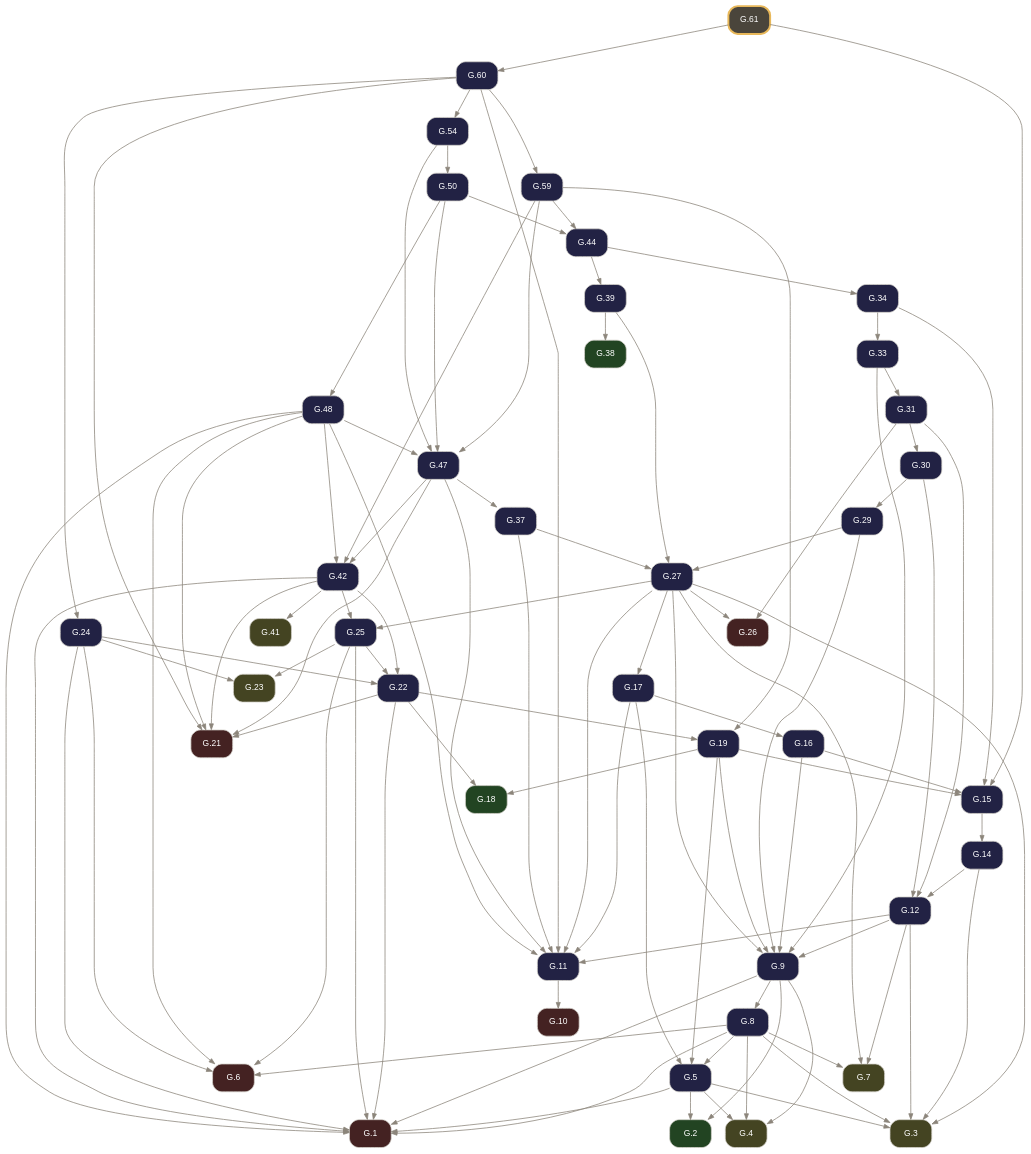
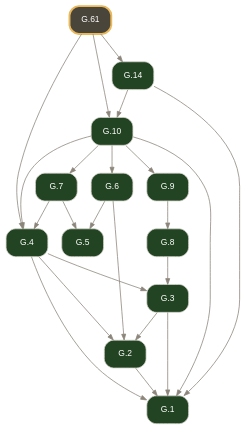
One commit to geometor/elements changed the diagram in docsrc/elements2/G.61/index.rst. Above: the diagram before and after it, drawn with Graphviz. The commit also changed other lines of this file and 2974 other files, not shown here.

Commit message:
feat(elements2): wire defined terms, short verb titles, coincidence operator, and 2-point circle notation (v0.4.0)

```diff
--- a/docsrc/elements2/G.61/index.rst
+++ b/docsrc/elements2/G.61/index.rst
@@ -102,145 +38,38 @@
      node [shape=box, style="rounded,filled", fontname="Helvetica", fontsize=11, color="#d6d3cd", fontcolor="#ffffff"];
      edge [color="#8c857b", fontcolor="#8c857b", arrowsize=0.75];
      rankdir="TB";
-     "G.1" [label="G.1", tooltip="G.1 (I.cn.1): Things equal to the same thing are equal to one another.", fillcolor="#442222", URL="../G.1/index.html", target="_top"];
-     "G.2" [label="G.2", tooltip="G.2 (I.def.15): A circle is a plane figure contained by one line such that all segments falling upon it from its center are equal.", fillcolor="#224422", URL="../G.2/index.html", target="_top"];
-     "G.3" [label="G.3", tooltip="G.3 (I.post.1): Construct a segment between any two points.", fillcolor="#444422", URL="../G.3/index.html", target="_top"];
-     "G.4" [label="G.4", tooltip="G.4 (I.post.3): Construct a circle with any center and radius.", fillcolor="#444422", URL="../G.4/index.html", target="_top"];
-     "G.5" [label="G.5", tooltip="G.5 (I.1): Construct an equilateral triangle on a given finite segment.", fillcolor="#222244", URL="../G.5/index.html", target="_top"];
-     "G.6" [label="G.6", tooltip="G.6 (I.cn.3): If equals are subtracted from equals, the remainders are equal.", fillcolor="#442222", URL="../G.6/index.html", target="_top"];
-     "G.7" [label="G.7", tooltip="G.7 (I.post.2): Extend a finite segment continuously in a straight line.", fillcolor="#444422", URL="../G.7/index.html", target="_top"];
-     "G.8" [label="G.8", tooltip="G.8 (I.2): Construct at a given point a segment equal to a given segment.", fillcolor="#222244", URL="../G.8/index.html", target="_top"];
-     "G.9" [label="G.9", tooltip="G.9 (I.3): Cut off from the greater of two unequal segments a segment equal to the less.", fillcolor="#222244", URL="../G.9/index.html", target="_top"];
-     "G.10" [label="G.10", tooltip="G.10 (I.cn.4): Things that coincide with one another are equal.", fillcolor="#442222", URL="../G.10/index.html", target="_top"];
-     "G.11" [label="G.11", tooltip="G.11 (I.4): Triangles with two sides and the included angle equal are congruent (SAS).", fillcolor="#222244", URL="../G.11/index.html", target="_top"];
-     "G.12" [label="G.12", tooltip="G.12 (I.5): In an isosceles triangle, the angles at the base are equal, and if the equal sides are extended, the angles under the base are equal.", fillcolor="#222244", URL="../G.12/index.html", target="_top"];
-     "G.14" [label="G.14", tooltip="G.14 (I.7): On the same segment and on the same side, there cannot be constructed two distinct triangles with both pairs of conterminous sides equal.", fillcolor="#222244", URL="../G.14/index.html", target="_top"];
-     "G.15" [label="G.15", tooltip="G.15 (I.8): Triangles with all three corresponding sides equal have their corresponding angles equal (SSS).", fillcolor="#222244", URL="../G.15/index.html", target="_top"];
-     "G.16" [label="G.16", tooltip="G.16 (I.9): Bisect a given angle.", fillcolor="#222244", URL="../G.16/index.html", target="_top"];
-     "G.17" [label="G.17", tooltip="G.17 (I.10): Bisect a given finite segment.", fillcolor="#222244", URL="../G.17/index.html", target="_top"];
-     "G.18" [label="G.18", tooltip="G.18 (I.def.10): When a straight line standing on a straight line makes the adjacent angles equal, each of the equal angles is a right angle, and the standing line is perpendicular to that on which...", fillcolor="#224422", URL="../G.18/index.html", target="_top"];
-     "G.19" [label="G.19", tooltip="G.19 (I.11): Construct a line at right angles to a given line from a given point on it.", fillcolor="#222244", URL="../G.19/index.html", target="_top"];
-     "G.21" [label="G.21", tooltip="G.21 (I.cn.2): If equals are added to equals, the wholes are equal.", fillcolor="#442222", URL="../G.21/index.html", target="_top"];
-     "G.22" [label="G.22", tooltip="G.22 (I.13): A ray standing on a line makes either two right angles or adjacent angles summing to two right angles.", fillcolor="#222244", URL="../G.22/index.html", target="_top"];
-     "G.23" [label="G.23", tooltip="G.23 (I.post.4): All right angles are equal.", fillcolor="#444422", URL="../G.23/index.html", target="_top"];
-     "G.24" [label="G.24", tooltip="G.24 (I.14): If two rays at a point on a line on opposite sides make adjacent angles summing to two right angles, the two rays are collinear.", fillcolor="#222244", URL="../G.24/index.html", target="_top"];
-     "G.25" [label="G.25", tooltip="G.25 (I.15): Intersecting lines make their vertical angles equal.", fillcolor="#222244", URL="../G.25/index.html", target="_top"];
-     "G.26" [label="G.26", tooltip="G.26 (I.cn.5): The whole is greater than the part.", fillcolor="#442222", URL="../G.26/index.html", target="_top"];
-     "G.27" [label="G.27", tooltip="G.27 (I.16): In any triangle, if one side is extended, the exterior angle is greater than either opposite interior angle.", fillcolor="#222244", URL="../G.27/index.html", target="_top"];
-     "G.29" [label="G.29", tooltip="G.29 (I.18): In any triangle, the greater side subtends the greater angle.", fillcolor="#222244", URL="../G.29/index.html", target="_top"];
-     "G.30" [label="G.30", tooltip="G.30 (I.19): In any triangle, the greater angle is subtended by the greater side.", fillcolor="#222244", URL="../G.30/index.html", target="_top"];
-     "G.31" [label="G.31", tooltip="G.31 (I.20): In any triangle, the sum of any two sides is greater than the remaining side.", fillcolor="#222244", URL="../G.31/index.html", target="_top"];
-     "G.33" [label="G.33", tooltip="G.33 (I.22): Construct a triangle from three segments equal to three given segments satisfying the triangle inequality.", fillcolor="#222244", URL="../G.33/index.html", target="_top"];
-     "G.34" [label="G.34", tooltip="G.34 (I.23): Construct on a given line at a given point an angle equal to a given angle.", fillcolor="#222244", URL="../G.34/index.html", target="_top"];
-     "G.37" [label="G.37", tooltip="G.37 (I.26): Triangles with two angles and one corresponding side equal are congruent (ASA / AAS).", fillcolor="#222244", URL="../G.37/index.html", target="_top"];
-     "G.38" [label="G.38", tooltip="G.38 (I.def.23): Parallel lines are straight lines in the same plane which, produced indefinitely in both directions, do not meet.", fillcolor="#224422", URL="../G.38/index.html", target="_top"];
-     "G.39" [label="G.39", tooltip="G.39 (I.27): If a transversal cutting two lines makes the alternate interior angles equal, the lines are parallel.", fillcolor="#222244", URL="../G.39/index.html", target="_top"];
-     "G.41" [label="G.41", tooltip="G.41 (I.post.5): Two lines intersected by a transversal with interior angles on one side summing to less than two right angles meet on that side.", fillcolor="#444422", URL="../G.41/index.html", target="_top"];
-     "G.42" [label="G.42", tooltip="G.42 (I.29): A transversal cutting parallel lines makes alternate interior angles equal, exterior and opposite interior angles equal, and same-side interior angles supplementary.", fillcolor="#222244", URL="../G.42/index.html", target="_top"];
-     "G.44" [label="G.44", tooltip="G.44 (I.31): Construct through a given point a line parallel to a given line.", fillcolor="#222244", URL="../G.44/index.html", target="_top"];
-     "G.47" [label="G.47", tooltip="G.47 (I.34): In a parallelogram, opposite sides and opposite angles are equal, and the diagonal bisects the area.", fillcolor="#222244", URL="../G.47/index.html", target="_top"];
-     "G.48" [label="G.48", tooltip="G.48 (I.35): Parallelograms on the same base and in the same parallels are equal in area.", fillcolor="#222244", URL="../G.48/index.html", target="_top"];
-     "G.50" [label="G.50", tooltip="G.50 (I.37): Triangles on the same base and in the same parallels are equal in area.", fillcolor="#222244", URL="../G.50/index.html", target="_top"];
-     "G.54" [label="G.54", tooltip="G.54 (I.41): If a parallelogram shares the same base with a triangle and lies in the same parallels, the parallelogram is double the triangle.", fillcolor="#222244", URL="../G.54/index.html", target="_top"];
-     "G.59" [label="G.59", tooltip="G.59 (I.46): Construct a square on a given segment.", fillcolor="#222244", URL="../G.59/index.html", target="_top"];
-     "G.60" [label="G.60", tooltip="G.60 (I.47): In a right-angled triangle, the square on the hypotenuse equals the sum of the squares on the two legs (Pythagorean Theorem).", fillcolor="#222244", URL="../G.60/index.html", target="_top"];
-     "G.61" [label="G.61", tooltip="G.61 (I.48): If the square on one side of a triangle equals the sum of the squares on the other two sides, the angle contained by those two sides is right.", penwidth=2.5, color="#e8b85a", fillcolor="#4a453b", URL="index.html", target="_top"];
-     "G.5" -> "G.1";
-     "G.8" -> "G.1";
-     "G.9" -> "G.1";
-     "G.22" -> "G.1";
-     "G.24" -> "G.1";
-     "G.25" -> "G.1";
-     "G.42" -> "G.1";
-     "G.48" -> "G.1";
-     "G.5" -> "G.2";
-     "G.9" -> "G.2";
-     "G.5" -> "G.3";
+     "G.1" [label="G.1", tooltip="G.1 (I.def.1): A point A is that which has no part.", fillcolor="#224422", URL="../G.1/index.html", target="_top"];
+     "G.2" [label="G.2", tooltip="G.2 (I.def.2): A line [ A B ] is a projection of a relationship of two points A, B.", fillcolor="#224422", URL="../G.2/index.html", target="_top"];
+     "G.3" [label="G.3", tooltip="G.3 (I.def.3): The extremities of a segment / A B / are points A, B.", fillcolor="#224422", URL="../G.3/index.html", target="_top"];
+     "G.4" [label="G.4", tooltip="G.4 (I.def.4): A segment / A B / is a portion of a line [ A B ] between two points A, B on the line.", fillcolor="#224422", URL="../G.4/index.html", target="_top"];
+     "G.5" [label="G.5", tooltip="G.5 (I.def.5): A surface is that which has length and breadth only.", fillcolor="#224422", URL="../G.5/index.html", target="_top"];
+     "G.6" [label="G.6", tooltip="G.6 (I.def.6): The extremities of a surface are lines or arcs.", fillcolor="#224422", URL="../G.6/index.html", target="_top"];
+     "G.7" [label="G.7", tooltip="G.7 (I.def.7): A plane surface lies evenly with the lines on itself.", fillcolor="#224422", URL="../G.7/index.html", target="_top"];
+     "G.8" [label="G.8", tooltip="G.8 (I.def.13): A boundary is the extremity of anything.", fillcolor="#224422", URL="../G.8/index.html", target="_top"];
+     "G.9" [label="G.9", tooltip="G.9 (I.def.14): A figure is that which is contained by any boundary or boundaries.", fillcolor="#224422", URL="../G.9/index.html", target="_top"];
+     "G.10" [label="G.10", tooltip="G.10 (I.def.15): A circle ( A B ) is a plane figure contained by one arc defined by a center A and a point B establishing its defining radius / A B /, such that all segments / A B /, / A C /, / A D...", fillcolor="#224422", URL="../G.10/index.html", target="_top"];
+     "G.14" [label="G.14", tooltip="G.14 (I.def.16): The point A within the circle ( A B ) from which all segments / A B /, / A C / to the arc are equal is called the center of the circle.", fillcolor="#224422", URL="../G.14/index.html", target="_top"];
+     "G.61" [label="G.61", tooltip="G.61 (I.def.17): A diameter of a circle is any segment drawn through the center and terminated in both directions by the arc of the circle; it bisects the circle.", penwidth=2.5, color="#e8b85a", fillcolor="#4a453b", URL="index.html", target="_top"];
+     "G.2" -> "G.1";
+     "G.3" -> "G.1";
+     "G.4" -> "G.1";
+     "G.10" -> "G.1";
+     "G.14" -> "G.1";
+     "G.3" -> "G.2";
+     "G.4" -> "G.2";
+     "G.6" -> "G.2";
+     "G.4" -> "G.3";
      "G.8" -> "G.3";
-     "G.12" -> "G.3";
-     "G.14" -> "G.3";
-     "G.27" -> "G.3";
-     "G.5" -> "G.4";
-     "G.8" -> "G.4";
-     "G.9" -> "G.4";
-     "G.8" -> "G.5";
-     "G.17" -> "G.5";
-     "G.19" -> "G.5";
-     "G.8" -> "G.6";
-     "G.24" -> "G.6";
-     "G.25" -> "G.6";
-     "G.48" -> "G.6";
-     "G.8" -> "G.7";
-     "G.12" -> "G.7";
-     "G.27" -> "G.7";
+     "G.7" -> "G.4";
+     "G.10" -> "G.4";
+     "G.61" -> "G.4";
+     "G.6" -> "G.5";
+     "G.7" -> "G.5";
+     "G.10" -> "G.6";
+     "G.10" -> "G.7";
      "G.9" -> "G.8";
-     "G.12" -> "G.9";
-     "G.16" -> "G.9";
-     "G.19" -> "G.9";
-     "G.27" -> "G.9";
-     "G.29" -> "G.9";
-     "G.33" -> "G.9";
-     "G.11" -> "G.10";
-     "G.12" -> "G.11";
-     "G.17" -> "G.11";
-     "G.27" -> "G.11";
-     "G.37" -> "G.11";
-     "G.47" -> "G.11";
-     "G.48" -> "G.11";
-     "G.60" -> "G.11";
-     "G.14" -> "G.12";
-     "G.30" -> "G.12";
-     "G.31" -> "G.12";
-     "G.15" -> "G.14";
-     "G.16" -> "G.15";
-     "G.19" -> "G.15";
-     "G.34" -> "G.15";
-     "G.61" -> "G.15";
-     "G.17" -> "G.16";
-     "G.27" -> "G.17";
-     "G.19" -> "G.18";
-     "G.22" -> "G.18";
-     "G.22" -> "G.19";
-     "G.59" -> "G.19";
-     "G.22" -> "G.21";
-     "G.42" -> "G.21";
-     "G.47" -> "G.21";
-     "G.48" -> "G.21";
-     "G.60" -> "G.21";
-     "G.24" -> "G.22";
-     "G.25" -> "G.22";
-     "G.42" -> "G.22";
-     "G.24" -> "G.23";
-     "G.25" -> "G.23";
-     "G.60" -> "G.24";
-     "G.27" -> "G.25";
-     "G.42" -> "G.25";
-     "G.27" -> "G.26";
-     "G.31" -> "G.26";
-     "G.29" -> "G.27";
-     "G.37" -> "G.27";
-     "G.39" -> "G.27";
-     "G.30" -> "G.29";
-     "G.31" -> "G.30";
-     "G.33" -> "G.31";
-     "G.34" -> "G.33";
-     "G.44" -> "G.34";
-     "G.47" -> "G.37";
-     "G.39" -> "G.38";
-     "G.44" -> "G.39";
-     "G.42" -> "G.41";
-     "G.47" -> "G.42";
-     "G.48" -> "G.42";
-     "G.59" -> "G.42";
-     "G.50" -> "G.44";
-     "G.59" -> "G.44";
-     "G.48" -> "G.47";
-     "G.50" -> "G.47";
-     "G.54" -> "G.47";
-     "G.59" -> "G.47";
-     "G.50" -> "G.48";
-     "G.54" -> "G.50";
-     "G.60" -> "G.54";
-     "G.60" -> "G.59";
-     "G.61" -> "G.60";
+     "G.10" -> "G.9";
+     "G.14" -> "G.10";
+     "G.61" -> "G.10";
+     "G.61" -> "G.14";
    }
```
